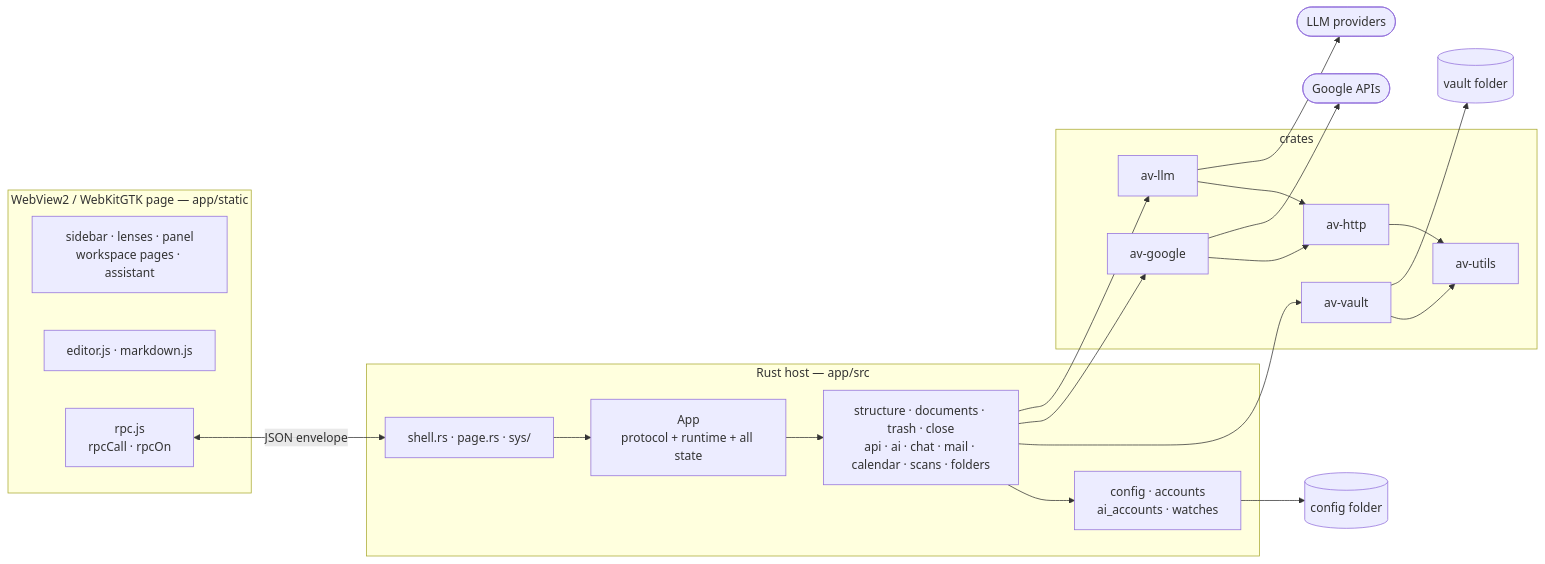
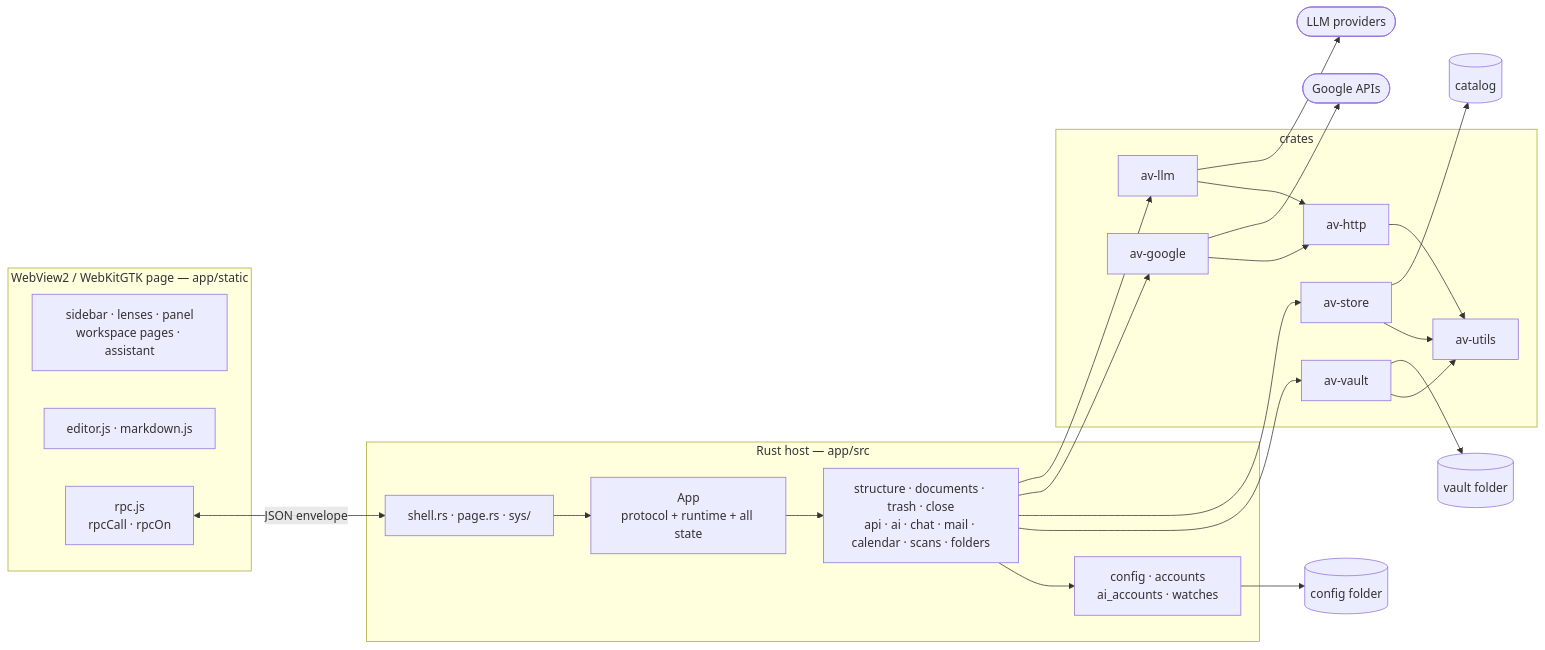
One commit to steschu77/avelor changed the first of 3 diagrams in docs/architecture.md. Above: the diagram before and after it, drawn with Mermaid. The commit also changed other lines of this file and 16 other files, not shown here.

````diff
--- a/docs/architecture.md
+++ b/docs/architecture.md
@@ -126,35 +126,39 @@
 ```mermaid
 flowchart LR
     subgraph page["WebView2 / WebKitGTK page — app/static"]
         ui["sidebar · lenses · panel<br/>workspace pages · assistant"]
         ed["editor.js · markdown.js"]
         br["rpc.js<br/>rpcCall · rpcOn"]
     end
     subgraph host["Rust host — app/src"]
         win["shell.rs · page.rs · sys/"]
         ses["App<br/>protocol + runtime + all state"]
         feat["structure · documents · trash · close<br/>api · ai · chat · mail · calendar · scans · folders"]
         cfg["config · accounts<br/>ai_accounts · watches"]
     end
     subgraph crates["crates"]
         vault["av-vault"]
+        store["av-store"]
         google["av-google"]
         llm["av-llm"]
         http["av-http"]
         utils["av-utils"]
     end
     br <-- "JSON envelope" --> win
     win --> ses --> feat
     feat --> cfg
     feat --> vault
+    feat --> store
     feat --> google
     feat --> llm
     google --> http
     llm --> http
     vault --> utils
+    store --> utils
     http --> utils
     vault --> files[("vault folder")]
+    store --> catalog[("catalog")]
     cfg --> conf[("config folder")]
     google --> gapi(["Google APIs"])
     llm --> lapi(["LLM providers"])
 ```
````
